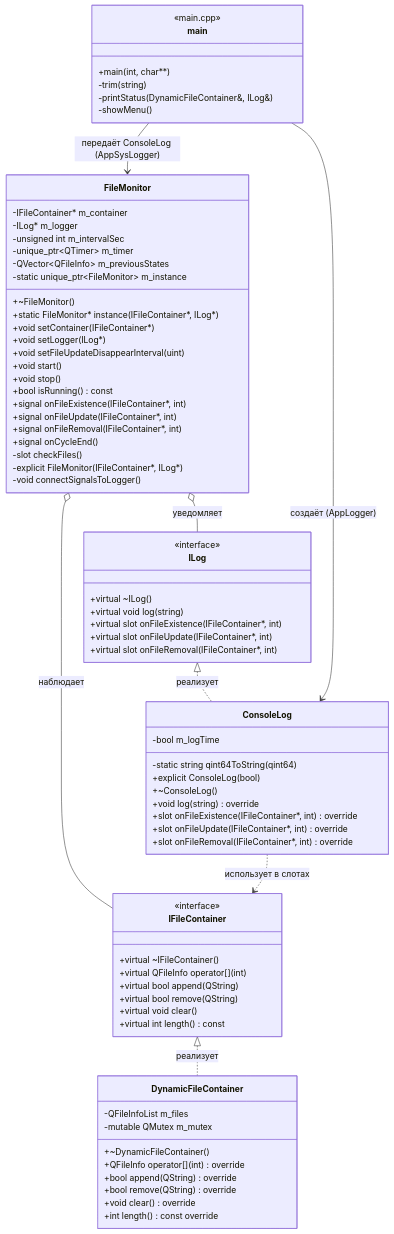
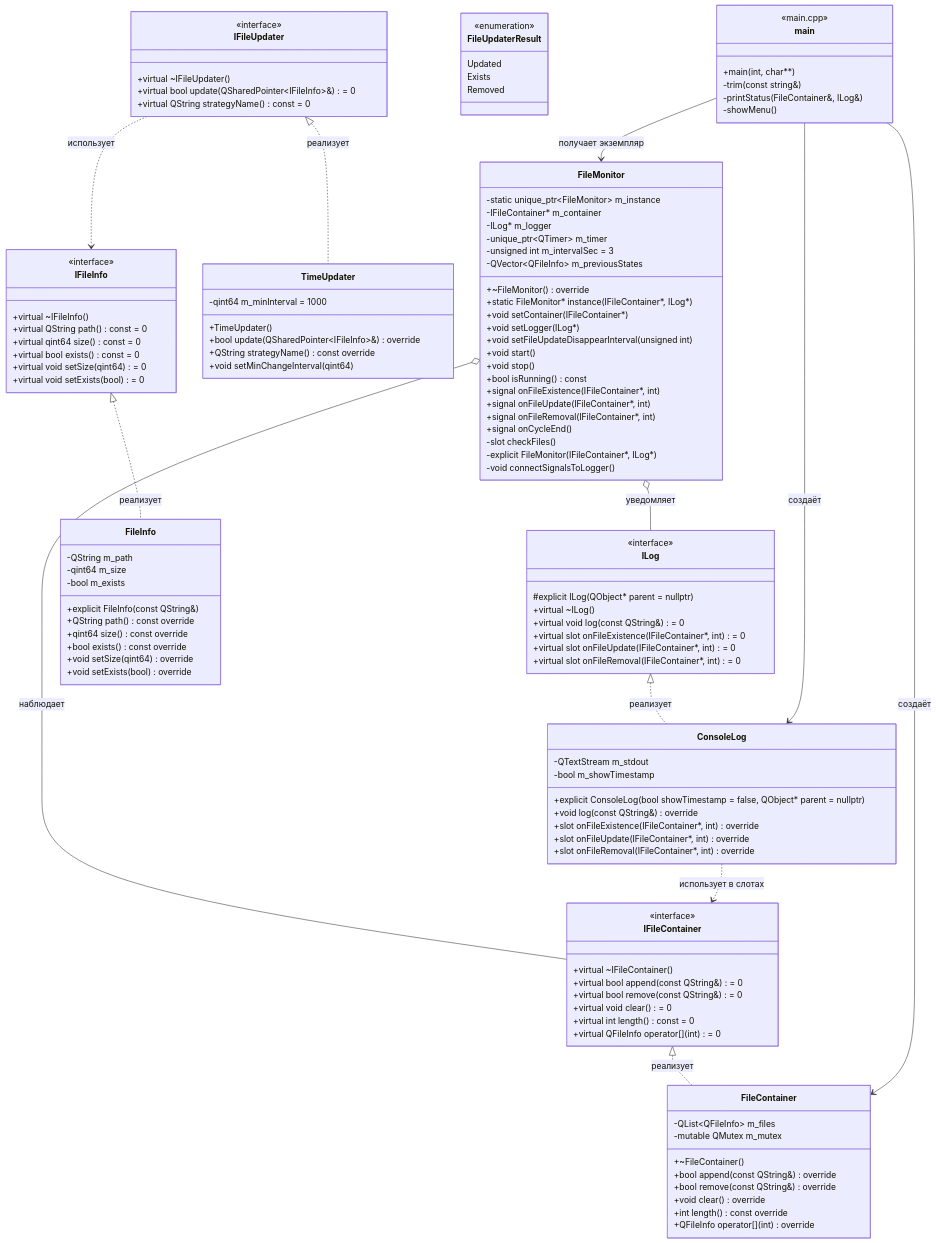
One commit to Your-vo1d/File-Monitor changed the first of 2 diagrams in README.md. Above: the diagram before and after it, drawn with Mermaid. The commit also changed other lines of this file, not shown here.

Commit message:
feat: fix UML diagramm (rename class, add class and method)

````diff
--- a/README.md
+++ b/README.md
@@ -54,58 +54,103 @@
     class IFileContainer {
         <<interface>>
         +virtual ~IFileContainer()
-        +virtual QFileInfo operator[](int)
-        +virtual bool append(QString)
-        +virtual bool remove(QString)
-        +virtual void clear()
-        +virtual int length() const
+        +virtual bool append(const QString&) = 0
+        +virtual bool remove(const QString&) = 0
+        +virtual void clear() = 0
+        +virtual int length() const = 0
+        +virtual QFileInfo operator[](int) = 0
     }
 
     class ILog {
         <<interface>>
+        #explicit ILog(QObject* parent = nullptr)
         +virtual ~ILog()
-        +virtual void log(string)
-        +virtual slot onFileExistence(IFileContainer*, int)
-        +virtual slot onFileUpdate(IFileContainer*, int)
-        +virtual slot onFileRemoval(IFileContainer*, int)
+        +virtual void log(const QString&) = 0
+        +virtual slot onFileExistence(IFileContainer*, int) = 0
+        +virtual slot onFileUpdate(IFileContainer*, int) = 0
+        +virtual slot onFileRemoval(IFileContainer*, int) = 0
+    }
+
+    class IFileInfo {
+        <<interface>>
+        +virtual ~IFileInfo()
+        +virtual QString path() const = 0
+        +virtual qint64 size() const = 0
+        +virtual bool exists() const = 0
+        +virtual void setSize(qint64) = 0
+        +virtual void setExists(bool) = 0
+    }
+
+    class IFileUpdater {
+        <<interface>>
+        +virtual ~IFileUpdater()
+        +virtual bool update(QSharedPointer~IFileInfo~&) = 0
+        +virtual QString strategyName() const = 0
+    }
+
+    %% Перечисление
+    class FileUpdaterResult {
+        <<enumeration>>
+        Updated
+        Exists
+        Removed
     }
 
     %% Реализации
-    class DynamicFileContainer {
-        -QFileInfoList m_files
+    class FileContainer {
+        -QList~QFileInfo~ m_files
         -mutable QMutex m_mutex
-        +~DynamicFileContainer()
-        +QFileInfo operator[](int) override
-        +bool append(QString) override
-        +bool remove(QString) override
+        +~FileContainer()
+        +bool append(const QString&) override
+        +bool remove(const QString&) override
         +void clear() override
         +int length() const override
+        +QFileInfo operator[](int) override
     }
 
     class ConsoleLog {
-        -bool m_logTime
-        -static string qint64ToString(qint64)
-        +explicit ConsoleLog(bool)
-        +~ConsoleLog()
-        +void log(string) override
+        -QTextStream m_stdout
+        -bool m_showTimestamp
+        +explicit ConsoleLog(bool showTimestamp = false, QObject* parent = nullptr)
+        +void log(const QString&) override
         +slot onFileExistence(IFileContainer*, int) override
         +slot onFileUpdate(IFileContainer*, int) override
         +slot onFileRemoval(IFileContainer*, int) override
     }
 
+    class FileInfo {
+        -QString m_path
+        -qint64 m_size
+        -bool m_exists
+        +explicit FileInfo(const QString&)
+        +QString path() const override
+        +qint64 size() const override
+        +bool exists() const override
+        +void setSize(qint64) override
+        +void setExists(bool) override
+    }
+
+    class TimeUpdater {
+        -qint64 m_minInterval = 1000
+        +TimeUpdater()
+        +bool update(QSharedPointer~IFileInfo~&) override
+        +QString strategyName() const override
+        +void setMinChangeInterval(qint64)
+    }
+
     %% Монитор
     class FileMonitor {
+        -static unique_ptr~FileMonitor~ m_instance
         -IFileContainer* m_container
         -ILog* m_logger
-        -unsigned int m_intervalSec
         -unique_ptr~QTimer~ m_timer
+        -unsigned int m_intervalSec = 3
         -QVector~QFileInfo~ m_previousStates
-        -static unique_ptr~FileMonitor~ m_instance
-        +~FileMonitor()
+        +~FileMonitor() override
         +static FileMonitor* instance(IFileContainer*, ILog*)
         +void setContainer(IFileContainer*)
         +void setLogger(ILog*)
-        +void setFileUpdateDisappearInterval(uint)
+        +void setFileUpdateDisappearInterval(unsigned int)
         +void start()
         +void stop()
         +bool isRunning() const
@@ -122,17 +167,21 @@
     class main {
         <<main.cpp>>
         +main(int, char**)
-        -trim(string)
-        -printStatus(DynamicFileContainer&, ILog&)
+        -trim(const string&)
+        -printStatus(FileContainer&, ILog&)
         -showMenu()
     }
 
-    %% Связи (строго по вашему коду)
-    IFileContainer <|.. DynamicFileContainer : реализует
+    %% Связи
+    IFileContainer <|.. FileContainer : реализует
     ILog <|.. ConsoleLog : реализует
+    IFileInfo <|.. FileInfo : реализует
+    IFileUpdater <|.. TimeUpdater : реализует
+    IFileUpdater ..> IFileInfo : использует
     FileMonitor o-- IFileContainer : наблюдает
     FileMonitor o-- ILog : уведомляет
     ConsoleLog ..> IFileContainer : использует в слотах
-    main --> ConsoleLog : создаёт (AppLogger)
-    main --> FileMonitor : передаёт ConsoleLog (AppSysLogger)
+    main --> FileContainer : создаёт
+    main --> ConsoleLog : создаёт
+    main --> FileMonitor : получает экземпляр
 ```
````
